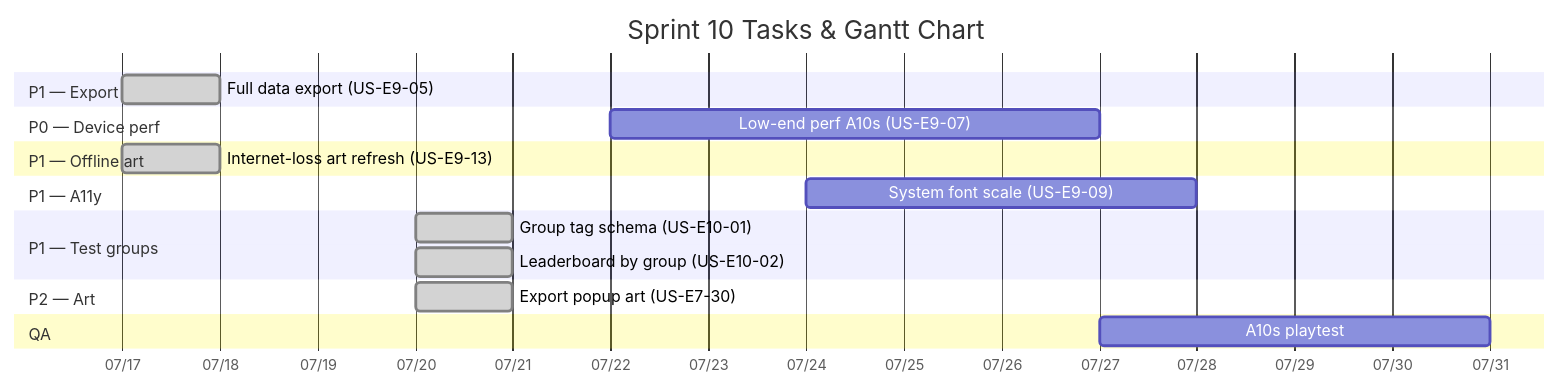
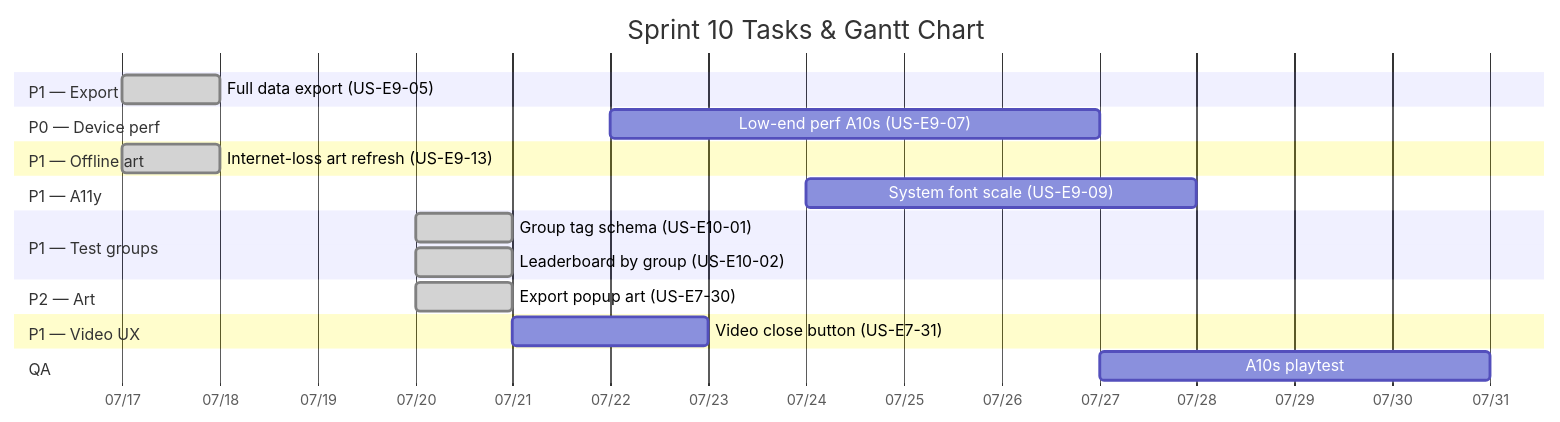
Before and after one commit to ChayutChanmueang/mci-cognitive-game-hub-dev-deploy: the diagram in docs/agile/sprint-backlogs/sprint-10.md, drawn with Mermaid. The commit also changed other lines of this file and 4 other files, not shown here.

First line of the commit message:
docs: add US-E7-31 — close button while the check-in video is playing

````diff
--- a/docs/agile/sprint-backlogs/sprint-10.md
+++ b/docs/agile/sprint-backlogs/sprint-10.md
@@ -12,21 +12,23 @@
 ```mermaid
 gantt
     title Sprint 10 Tasks & Gantt Chart
     dateFormat  YYYY-MM-DD
     axisFormat  %m/%d
     section P1 — Export
     Full data export (US-E9-05)      :done, t5, 2026-07-17, 1d
     section P0 — Device perf
     Low-end perf A10s (US-E9-07)     :t7, 2026-07-22, 5d
     section P1 — Offline art
     Internet-loss art refresh (US-E9-13) :done, t13, 2026-07-17, 1d
     section P1 — A11y
     System font scale (US-E9-09)     :t9, 2026-07-24, 4d
     section P1 — Test groups
     Group tag schema (US-E10-01)     :done, t101, 2026-07-20, 1d
     Leaderboard by group (US-E10-02) :done, t102, 2026-07-20, 1d
     section P2 — Art
     Export popup art (US-E7-30)      :done, t730, 2026-07-20, 1d
+    section P1 — Video UX
+    Video close button (US-E7-31)    :t731, 2026-07-21, 2d
     section QA
     A10s playtest                    :q1, 2026-07-27, 4d
 ```
````
